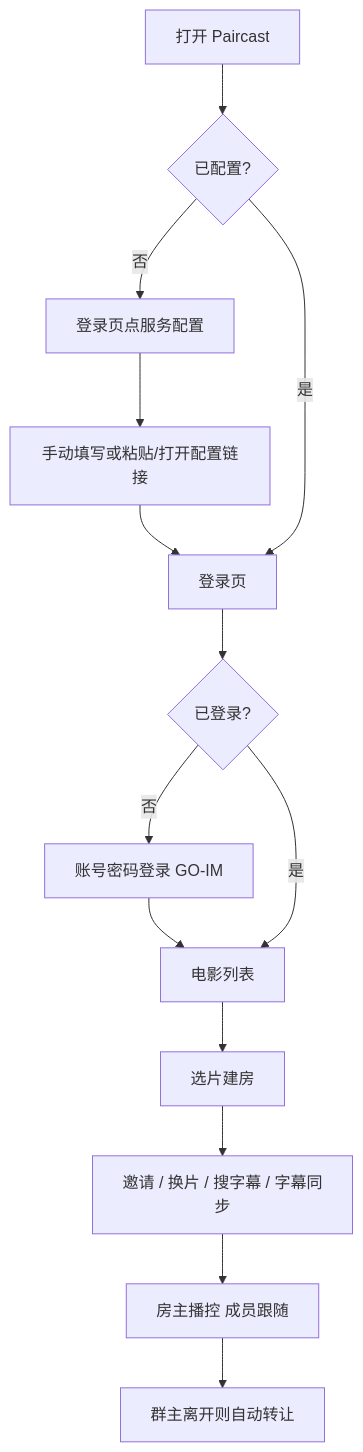
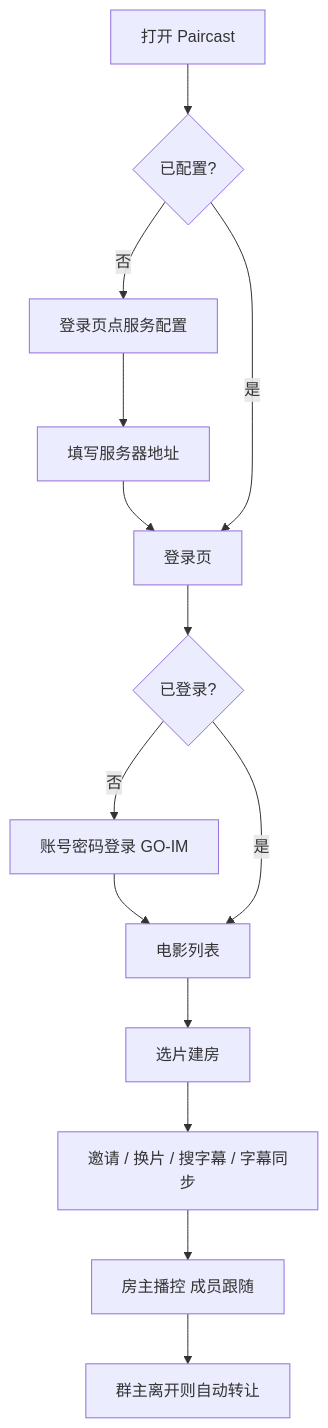
One commit to chaishuanzhu/Paircast changed the diagram in docs/PRD.md. Above: the diagram before and after it, drawn with Mermaid. The commit also changed other lines of this file and 50 other files, not shown here.

````diff
--- a/docs/PRD.md
+++ b/docs/PRD.md
@@ -716,16 +684,16 @@
 ```mermaid
 flowchart TD
   A[打开 Paircast] --> B{已配置?}
   B -->|否| C[登录页点服务配置]
-  C --> D[手动填写或粘贴/打开配置链接]
+  C --> D[填写服务器地址]
   D --> E[登录页]
   B -->|是| E
   E --> F{已登录?}
   F -->|否| G[账号密码登录 GO-IM]
   G --> H[电影列表]
   F -->|是| H
   H --> I[选片建房]
   I --> J[邀请 / 换片 / 搜字幕 / 字幕同步]
   J --> K[房主播控 成员跟随]
   K --> L[群主离开则自动转让]
 ```
````
